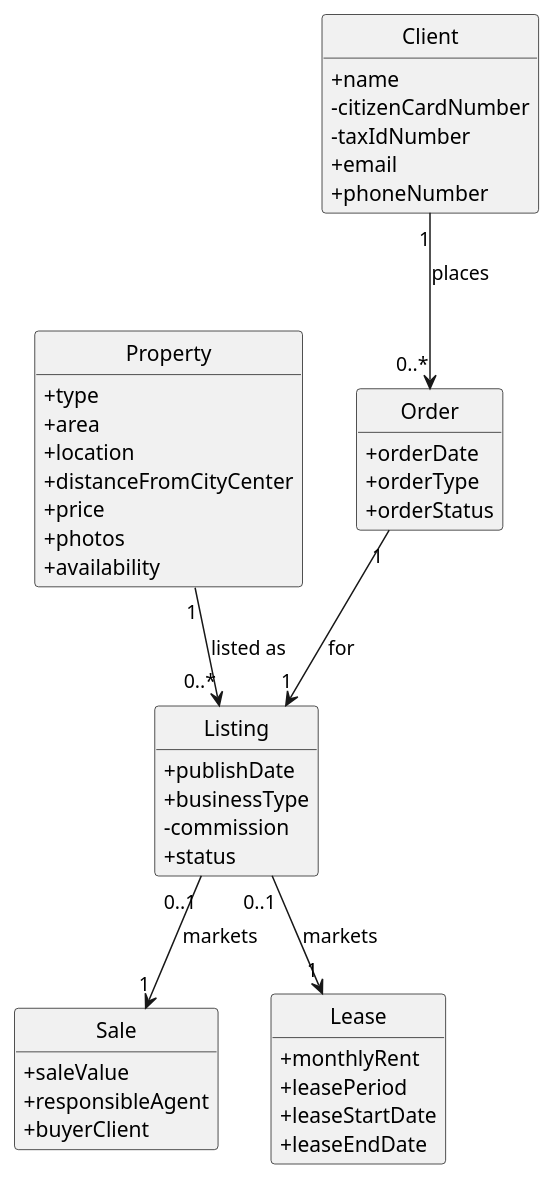
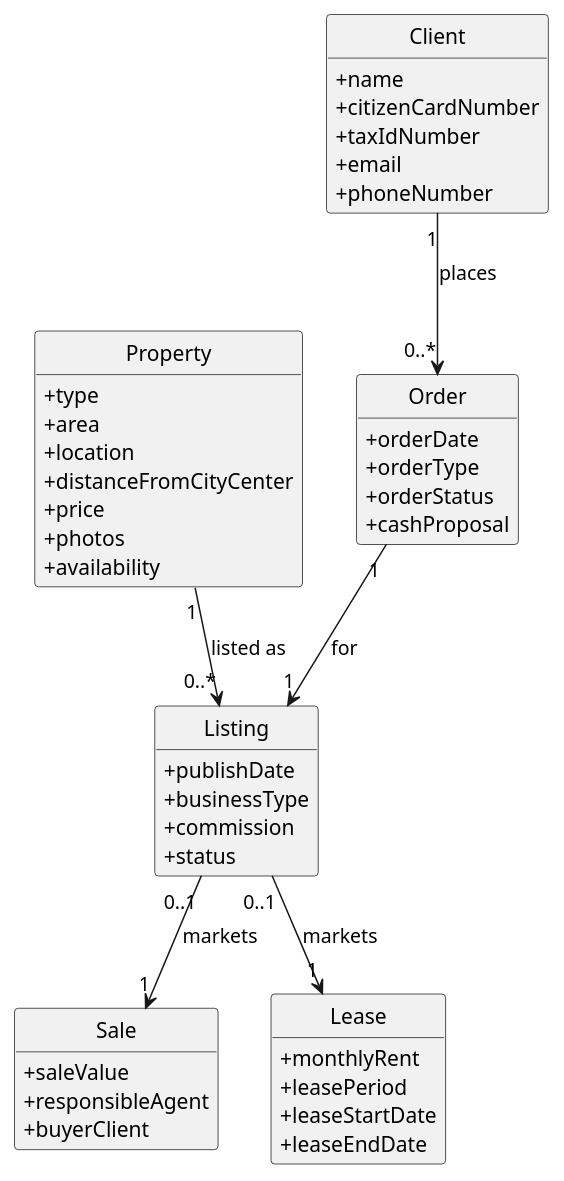
Before and after one commit to goncalomaia18/leti-esoft-24-25-A2: the diagram in docs/Sprint4/US32/US32-MD.puml, drawn with PlantUML. The commit also changed 5 other files, not shown here.

```diff
--- a/docs/Sprint4/US32/US32-MD.puml
+++ b/docs/Sprint4/US32/US32-MD.puml
@@ -1,51 +1,52 @@
 @startuml
 skinparam classAttributeIconSize 0
 hide circle
 hide methods
 class Property {
     +type
     +area
     +location
     +distanceFromCityCenter
     +price
     +photos
     +availability
 }
 class Client {
     +name
-    -citizenCardNumber
-    -taxIdNumber
+    +citizenCardNumber
+    +taxIdNumber
     +email
     +phoneNumber
 }
 
 class Sale {
     +saleValue
     +responsibleAgent
     +buyerClient
 }
 
 class Lease {
     +monthlyRent
     +leasePeriod
     +leaseStartDate
     +leaseEndDate
 }
 class Listing {
     +publishDate
     +businessType
-    -commission
+    +commission
     +status
 }
 class Order {
     +orderDate
     +orderType
     +orderStatus
+    +cashProposal
 }
 Property "1" --> "0..*" Listing : listed as
 
 Listing "0..1" --> "1" Sale : markets
 Listing "0..1" --> "1" Lease : markets
 Client "1" --> "0..*" Order : places
 Order "1" --> "1" Listing : for
 @enduml
```
